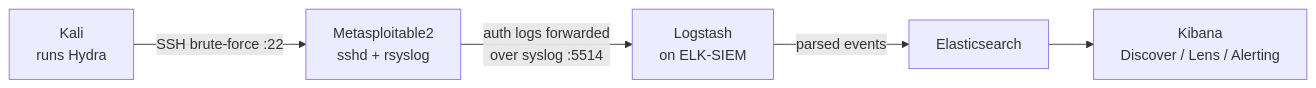
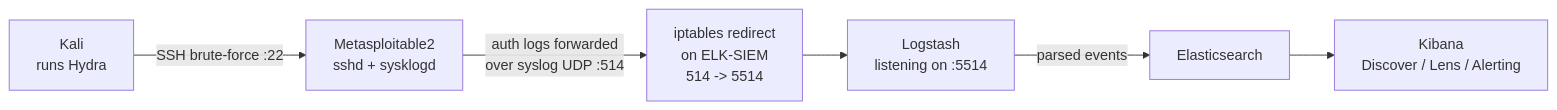
One commit to PurpleDefender249/Purple-Labs changed the diagram in Lab-01-SSH-Bruteforce-Detection/README.md. Above: the diagram before and after it, drawn with Mermaid. The commit also changed other lines of this file and 2 other files, not shown here.

````diff
--- a/Lab-01-SSH-Bruteforce-Detection/README.md
+++ b/Lab-01-SSH-Bruteforce-Detection/README.md
@@ -26,7 +26,8 @@
 ```mermaid
 flowchart LR
-    K["Kali\nruns Hydra"] -- "SSH brute-force :22" --> M["Metasploitable2\nsshd + rsyslog"]
-    M -- "auth logs forwarded\nover syslog :5514" --> L["Logstash\non ELK-SIEM"]
+    K["Kali\nruns Hydra"] -- "SSH brute-force :22" --> M["Metasploitable2\nsshd + sysklogd"]
+    M -- "auth logs forwarded\nover syslog UDP :514" --> R["iptables redirect\non ELK-SIEM\n514 -> 5514"]
+    R --> L["Logstash\nlistening on :5514"]
     L -- "parsed events" --> E["Elasticsearch"]
     E --> KB["Kibana\nDiscover / Lens / Alerting"]
 ```
````
